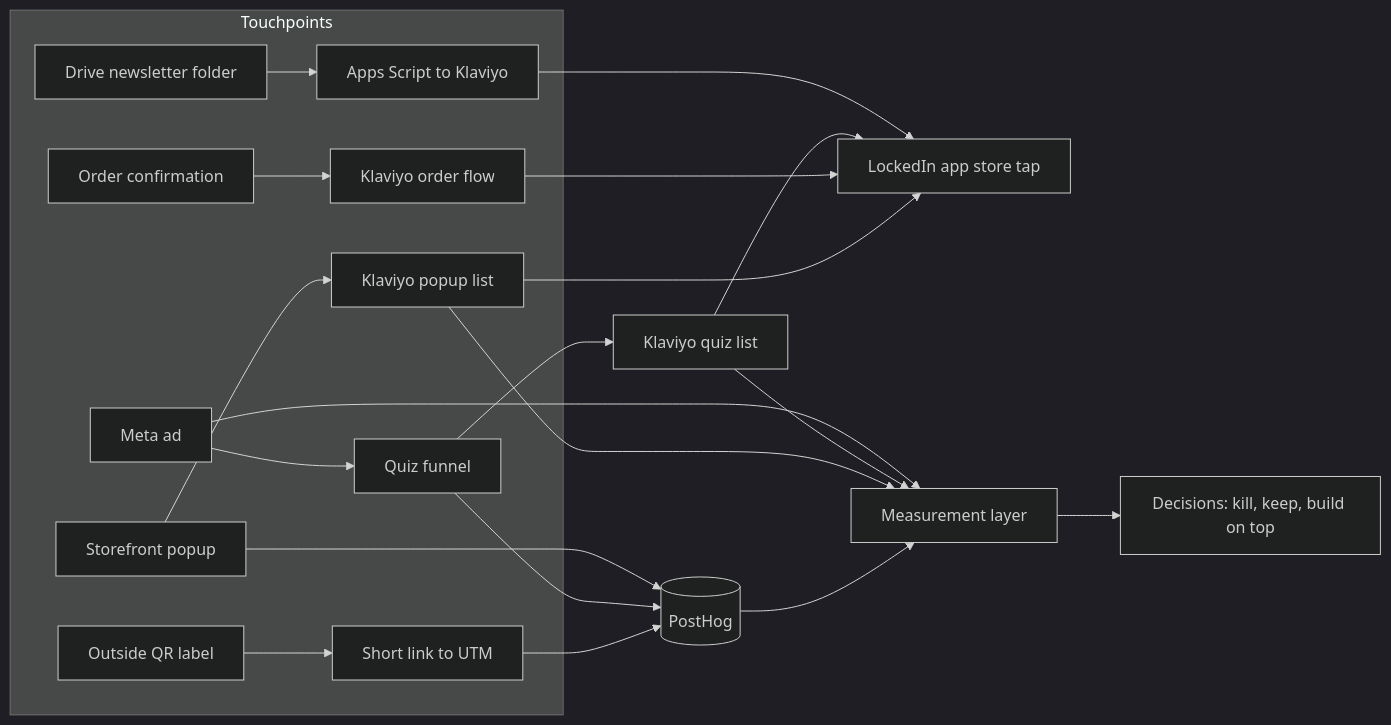
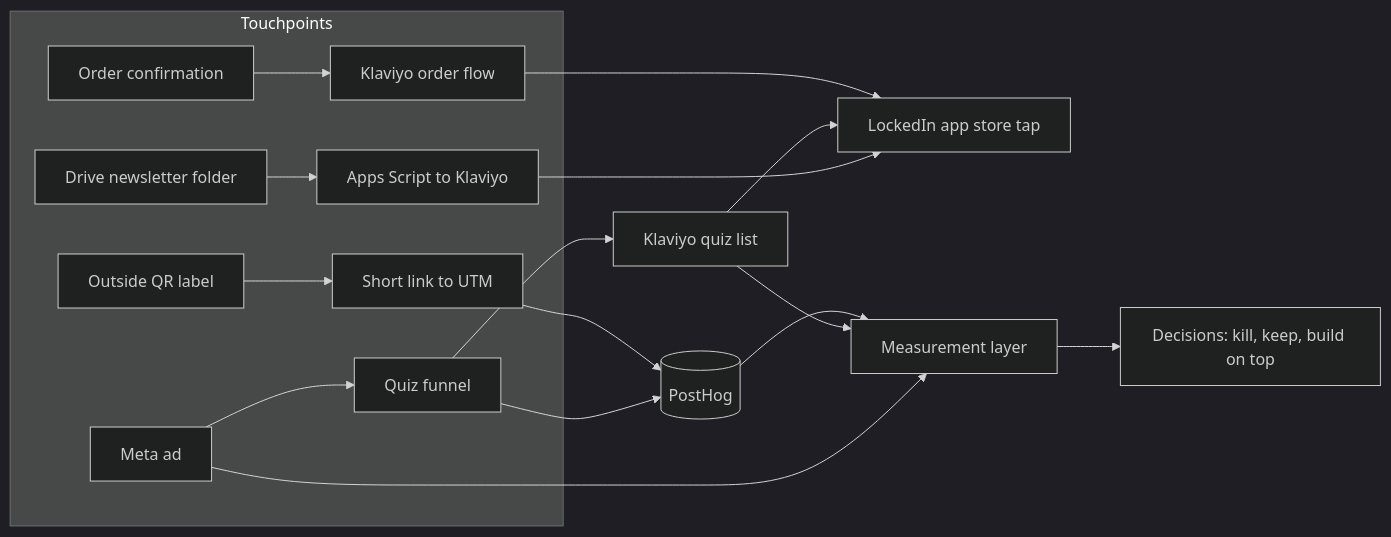
The diagram in README.md (summitkabir6/systems), drawn with Mermaid (dark theme) before and after one commit. The commit also changed other lines of this file and 7 other files, not shown here.

````diff
--- a/README.md
+++ b/README.md
@@ -25,23 +24,19 @@
 ```mermaid
 flowchart LR
   subgraph Touchpoints
     A[Outside QR label] --> P[Short link to UTM]
-    B[Storefront popup] --> K1[Klaviyo popup list]
     C[Order confirmation] --> K2[Klaviyo order flow]
     D[Meta ad] --> Q[Quiz funnel]
     E[Drive newsletter folder] --> N[Apps Script to Klaviyo]
   end
   P --> PH[(PostHog)]
   Q --> PH
-  B --> PH
   Q --> K3[Klaviyo quiz list]
-  K1 --> APP[LockedIn app store tap]
-  K2 --> APP
+  K2 --> APP[LockedIn app store tap]
   K3 --> APP
   N --> APP
   PH --> M[Measurement layer]
-  K1 --> M
   K3 --> M
   D --> M
   M --> DEC[Decisions: kill, keep, build on top]
 ```
````
